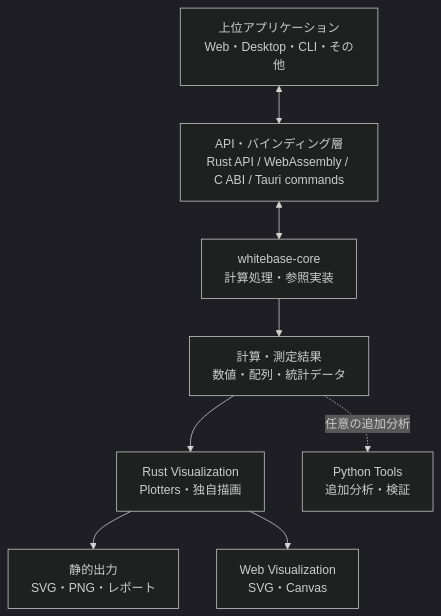
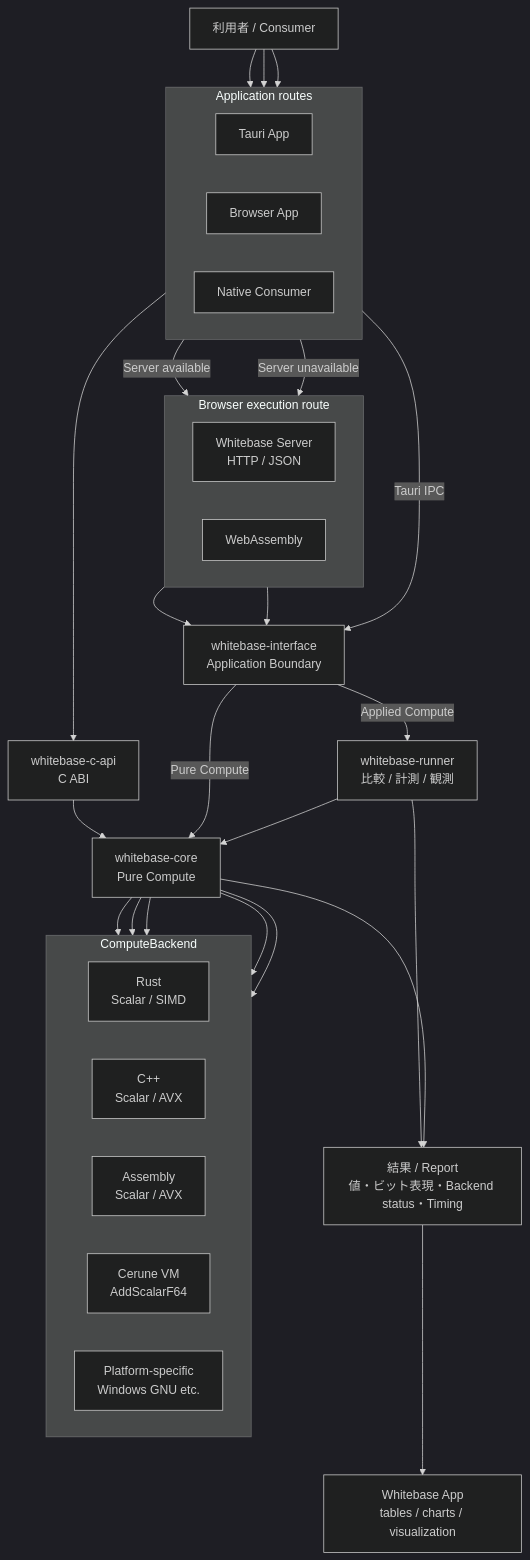
One commit to Hokutaka/Whitebase changed the diagram in docs/diagrams/structure/usage.mmd. Above: the diagram before and after it, drawn with Mermaid (dark theme). The commit also changed 21 other files, not shown here.

```diff
--- a/docs/diagrams/structure/usage.mmd
+++ b/docs/diagrams/structure/usage.mmd
@@ -1,27 +1,65 @@
 flowchart TB
-    Applications["上位アプリケーション<br/>Web・Desktop・CLI・その他"]
+    User["利用者 / Consumer"]
 
-    Interfaces["API・バインディング層<br/>Rust API / WebAssembly / C ABI / Tauri commands"]
+    subgraph AppRoutes["Application routes"]
+        direction LR
+        Tauri["Tauri App"]
+        Browser["Browser App"]
+        NativeConsumer["Native Consumer"]
+    end
 
-    Core["whitebase-core<br/>計算処理・参照実装"]
+    subgraph BrowserRoutes["Browser execution route"]
+        direction LR
+        Server["Whitebase Server<br/>HTTP / JSON"]
+        Wasm["WebAssembly"]
+    end
 
-    Results["計算・測定結果<br/>数値・配列・統計データ"]
+    Interface["whitebase-interface<br/>Application Boundary"]
 
-    RustViz["Rust Visualization<br/>Plotters・独自描画"]
+    Runner["whitebase-runner<br/>比較 / 計測 / 観測"]
+    Core["whitebase-core<br/>Pure Compute"]
 
-    WebViz["Web Visualization<br/>SVG・Canvas"]
+    subgraph Backends["ComputeBackend"]
+        direction LR
+        Rust["Rust<br/>Scalar / SIMD"]
+        Cpp["C++<br/>Scalar / AVX"]
+        Assembly["Assembly<br/>Scalar / AVX"]
+        Cerune["Cerune VM<br/>AddScalarF64"]
+        Platform["Platform-specific<br/>Windows GNU etc."]
+    end
 
-    StaticOutput["静的出力<br/>SVG・PNG・レポート"]
+    CApi["whitebase-c-api<br/>C ABI"]
 
-    Python["Python Tools<br/>追加分析・検証"]
+    Results["結果 / Report<br/>値・ビット表現・Backend status・Timing"]
 
-    Applications <--> Interfaces
-    Interfaces <--> Core
+    Visualization["Whitebase App<br/>tables / charts / visualization"]
 
+    User --> Tauri
+    User --> Browser
+    User --> NativeConsumer
+
+    Tauri -->|"Tauri IPC"| Interface
+
+    Browser -->|"Server available"| Server
+    Browser -->|"Server unavailable"| Wasm
+    Server --> Interface
+    Wasm --> Interface
+
+    NativeConsumer --> CApi
+    CApi --> Core
+
+    Interface -->|"Applied Compute"| Runner
+    Interface -->|"Pure Compute"| Core
+
+    Runner --> Core
+
+    Core --> Rust
+    Core --> Cpp
+    Core --> Assembly
+    Core --> Cerune
+    Core --> Platform
+
+    Runner --> Results
     Core --> Results
 
-    Results --> RustViz
-    RustViz --> StaticOutput
-    RustViz --> WebViz
-
-    Results -. 任意の追加分析 .-> Python
+    Results --> Visualization
```
